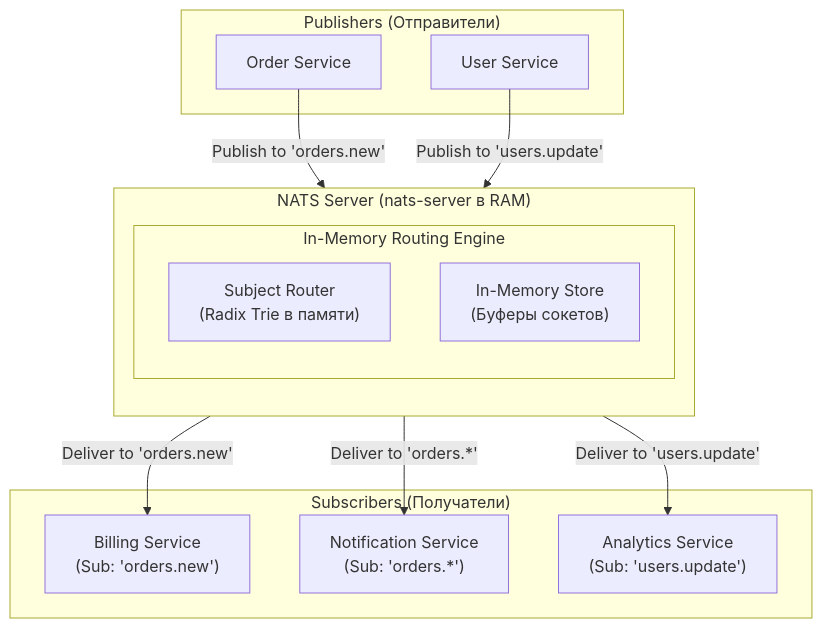
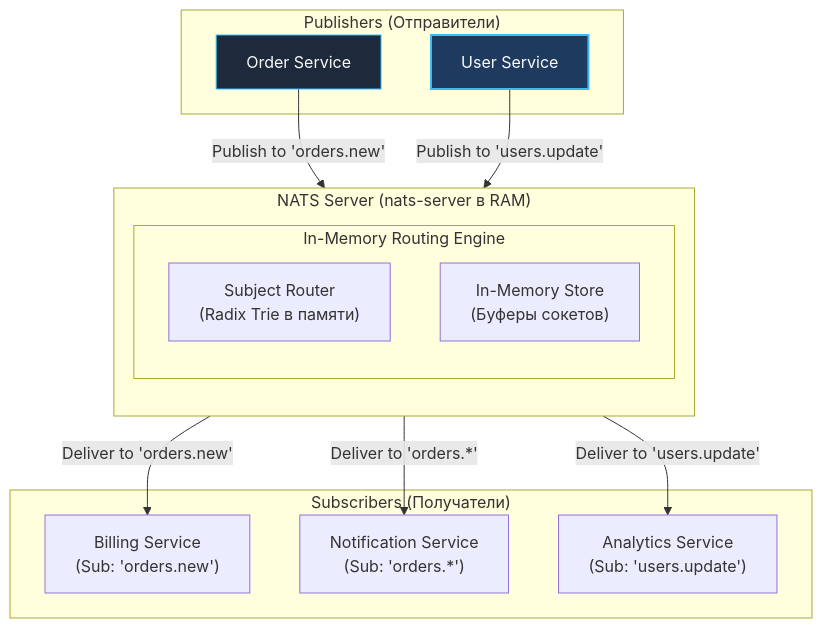
Before and after one commit to UnrealTemplier/go-textbook: the first of 3 diagrams in sources/13. Очереди, брокеры сообщений и оркестраторы/04. NATS/1. NATS. Легковесный брокер.md, drawn with Mermaid. The commit also changed other lines of this file and 1666 other files, not shown here.

First line of the commit message:
feat(mermaid): add semantic color classDef to 1369 colorless flowchart/graph diagrams

````diff
--- a/sources/13. Очереди, брокеры сообщений и оркестраторы/04. NATS/1. NATS. Легковесный брокер.md
+++ b/sources/13. Очереди, брокеры сообщений и оркестраторы/04. NATS/1. NATS. Легковесный брокер.md
@@ -35,27 +35,37 @@
 ```mermaid
 flowchart TD
+    classDef process  fill:#1e293b,stroke:#38bdf8,stroke-width:1px,color:#f8fafc
+    classDef success  fill:#064e3b,stroke:#34d399,stroke-width:1px,color:#f8fafc
+    classDef error    fill:#7f1d1d,stroke:#f87171,stroke-width:1px,color:#f8fafc
+    classDef warning  fill:#78350f,stroke:#fbbf24,stroke-width:1px,color:#f8fafc
+    classDef entry    fill:#1e3a5f,stroke:#38bdf8,stroke-width:2px,color:#f8fafc
+    classDef aux      fill:#334155,stroke:#64748b,stroke-width:1px,color:#f8fafc
+    classDef system   fill:#312e81,stroke:#a78bfa,stroke-width:1px,color:#f8fafc
+    classDef data     fill:#132d29,stroke:#2dd4bf,stroke-width:1px,color:#f8fafc
+    classDef network  fill:#881337,stroke:#fb7185,stroke-width:1px,color:#f8fafc
+    classDef accent   fill:#1e1b4b,stroke:#818cf8,stroke-width:1px,color:#f8fafc
     subgraph ClientsPub["Publishers (Отправители)"]
-        P1["Order Service"]
-        P2["User Service"]
+        P1["Order Service"]:::process
+        P2["User Service"]:::entry
     end
 
     subgraph NATSServer["NATS Server (nats-server в RAM)"]
         direction TB
         subgraph Engine["In-Memory Routing Engine"]
             S["Subject Router<br>(Radix Trie в памяти)"]
             P["In-Memory Store<br>(Буферы сокетов)"]
         end
     end
 
     subgraph ClientsSub["Subscribers (Получатели)"]
         C1["Billing Service<br>(Sub: 'orders.new')"]
         C2["Notification Service<br>(Sub: 'orders.*')"]
         C3["Analytics Service<br>(Sub: 'users.update')"]
     end
 
     P1 -->|"Publish to 'orders.new'"| S
     P2 -->|"Publish to 'users.update'"| S
     S -->|"Deliver to 'orders.new'"| C1
     S -->|"Deliver to 'orders.*'"| C2
     S -->|"Deliver to 'users.update'"| C3
 ```
````
